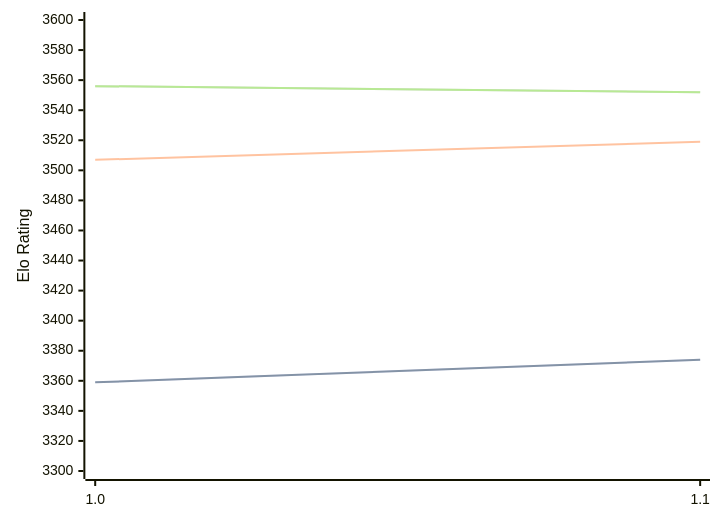
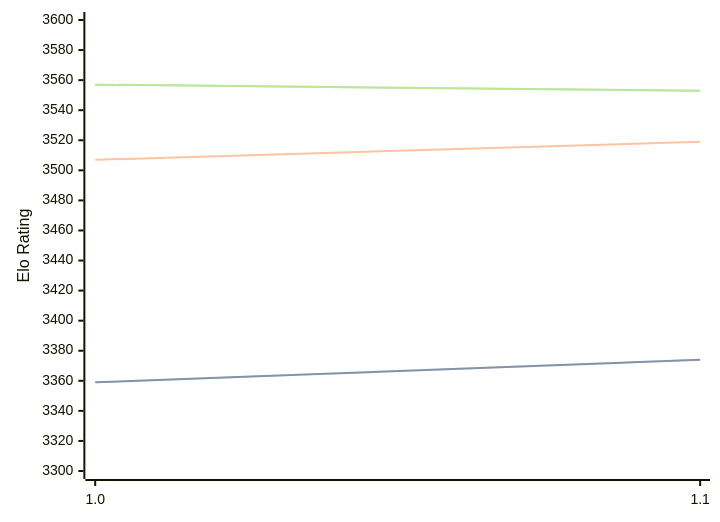
The diagram in engines/Horsie.md (computer-chess-index/cci), drawn with Mermaid before and after one commit. The commit also changed other lines of this file, not shown here.

Commit message:
Update CCI Ratings (ELO VLTC) - 2026-03-27

````diff
--- a/engines/Horsie.md
+++ b/engines/Horsie.md
@@ -32,11 +32,11 @@
 ```mermaid
 %%{init: {"theme":"base","themeVariables":{"seriesColors:['#a3a3a3','#222221','#faa371']}}}%%
 xychart-beta
   x-axis ["1.0", "1.1"]
   y-axis "Elo Rating" 3300 --> 3600
   line "STC (8.0+0.08s)" [3359, 3374]
   line "STC (8.0+0.08s)" [3359, 3374]
   line "LTC (60.0+0.60s)" [3507, 3519]
-  line "VLTC (2m24s+1.12s)" [3556, 3552]
-  line "VLTC (2m24s+1.12s)" [3556, 3552]
+  line "VLTC (2m24s+1.12s)" [3557, 3553]
+  line "VLTC (2m24s+1.12s)" [3557, 3553]
 ```
````
